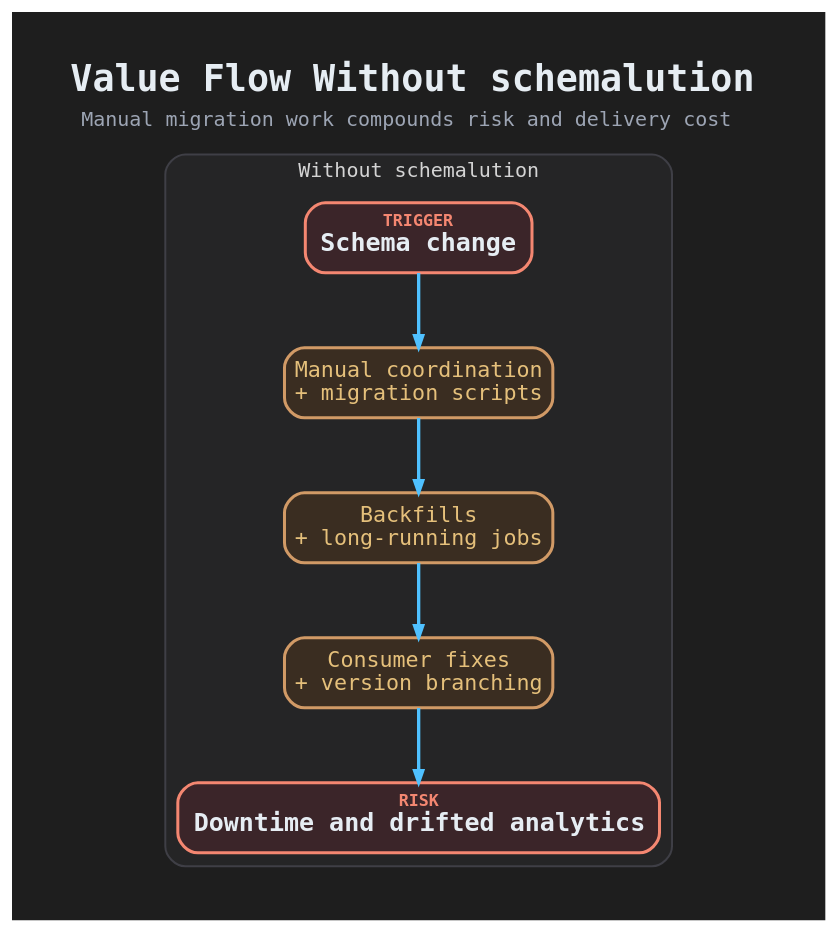
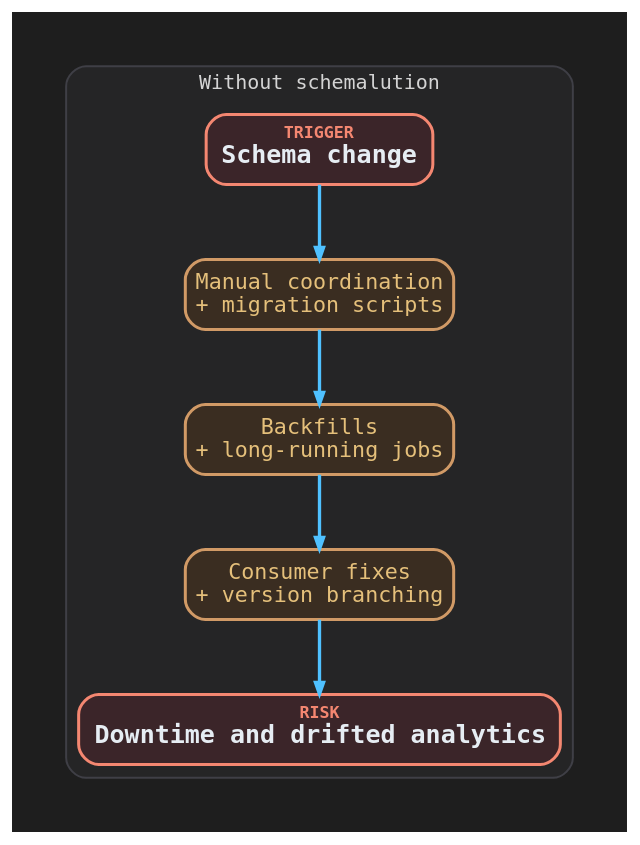
The diagram in assets/diagrams/value-flow-without.dot (cronologi/schemalution), drawn with Graphviz before and after one commit. The commit also changed 16 other files, not shown here.

```diff
--- a/assets/diagrams/value-flow-without.dot
+++ b/assets/diagrams/value-flow-without.dot
@@ -1,97 +1,90 @@
 digraph value_flow_without {
   graph [
     rankdir=TB,
     bgcolor="#1E1E1E",
     pad="0.34",
     nodesep="0.45",
     ranksep="0.62",
     fontname="Cascadia Code, DejaVu Sans Mono, Noto Mono",
-    fontsize=15,
-    labelloc="t",
-    label=<
-      <TABLE BORDER="0" CELLBORDER="0" CELLPADDING="2" CELLSPACING="0">
-        <TR><TD ALIGN="CENTER"><FONT POINT-SIZE="22" COLOR="#E6EDF3"><B>Value Flow Without schemalution</B></FONT></TD></TR>
-        <TR><TD ALIGN="CENTER"><FONT POINT-SIZE="12" COLOR="#9DA5B4">Manual migration work compounds risk and delivery cost</FONT></TD></TR>
-      </TABLE>
-    >
+    fontsize=15
   ];
 
   node [
     shape=box,
     style="rounded,filled",
     penwidth=1.8,
     fontname="Cascadia Code, DejaVu Sans Mono, Noto Mono",
     fontsize=13,
     fontcolor="#E6EDF3",
     margin="0.12,0.10"
   ];
 
   edge [
     color="#4FC1FF",
     penwidth=2,
     arrowsize=0.7
   ];
 
   subgraph cluster_without {
     label="Without schemalution";
     labelloc=t;
     labeljust=c;
     fontsize=12;
     fontname="Cascadia Code, DejaVu Sans Mono, Noto Mono";
     fontcolor="#D4D4D4";
     color="#3F3F46";
     fillcolor="#252526";
     style="rounded,filled";
     penwidth=1.2;
 
     W1 [
       label=<
         <TABLE BORDER="0" CELLBORDER="0" CELLPADDING="0" CELLSPACING="0">
           <TR><TD ALIGN="CENTER"><FONT POINT-SIZE="10" COLOR="#F48771"><B>TRIGGER</B></FONT></TD></TR>
           <TR><TD ALIGN="CENTER"><FONT POINT-SIZE="15" COLOR="#E6EDF3"><B>Schema change</B></FONT></TD></TR>
         </TABLE>
       >,
       fillcolor="#3B2529",
       color="#F48771",
       fontcolor="#E6EDF3"
     ];
 
     W2 [
       label="Manual coordination\n+ migration scripts",
       fillcolor="#3A2D21",
       color="#D19A66",
       fontcolor="#E5C07B"
     ];
 
     W3 [
       label="Backfills\n+ long-running jobs",
       fillcolor="#3A2D21",
       color="#D19A66",
       fontcolor="#E5C07B"
     ];
 
     W4 [
       label="Consumer fixes\n+ version branching",
       fillcolor="#3A2D21",
       color="#D19A66",
       fontcolor="#E5C07B"
     ];
 
     W5 [
       label=<
         <TABLE BORDER="0" CELLBORDER="0" CELLPADDING="0" CELLSPACING="0">
           <TR><TD ALIGN="CENTER"><FONT POINT-SIZE="10" COLOR="#F48771"><B>RISK</B></FONT></TD></TR>
           <TR><TD ALIGN="CENTER"><FONT POINT-SIZE="15" COLOR="#E6EDF3"><B>Downtime and drifted analytics</B></FONT></TD></TR>
         </TABLE>
       >,
       fillcolor="#3B2529",
       color="#F48771",
       fontcolor="#E6EDF3"
     ];
   }
 
   W1 -> W2;
   W2 -> W3;
   W3 -> W4;
   W4 -> W5;
 }
```
